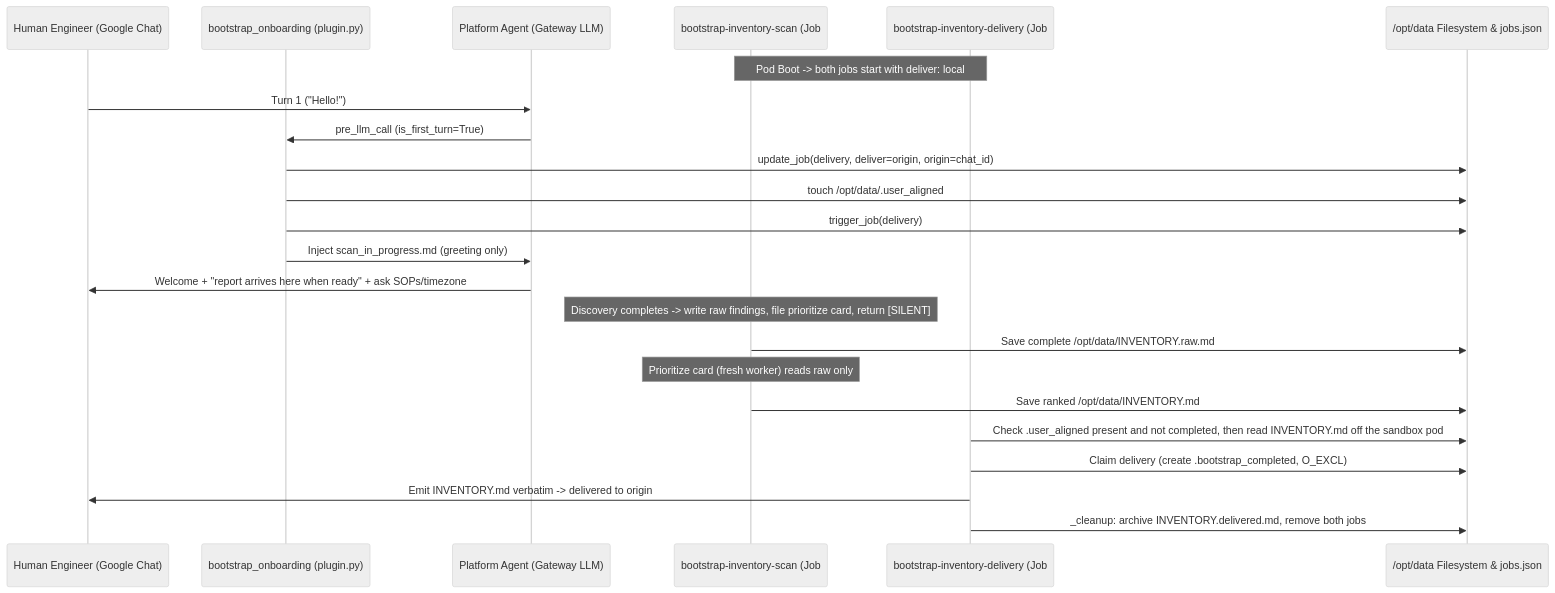
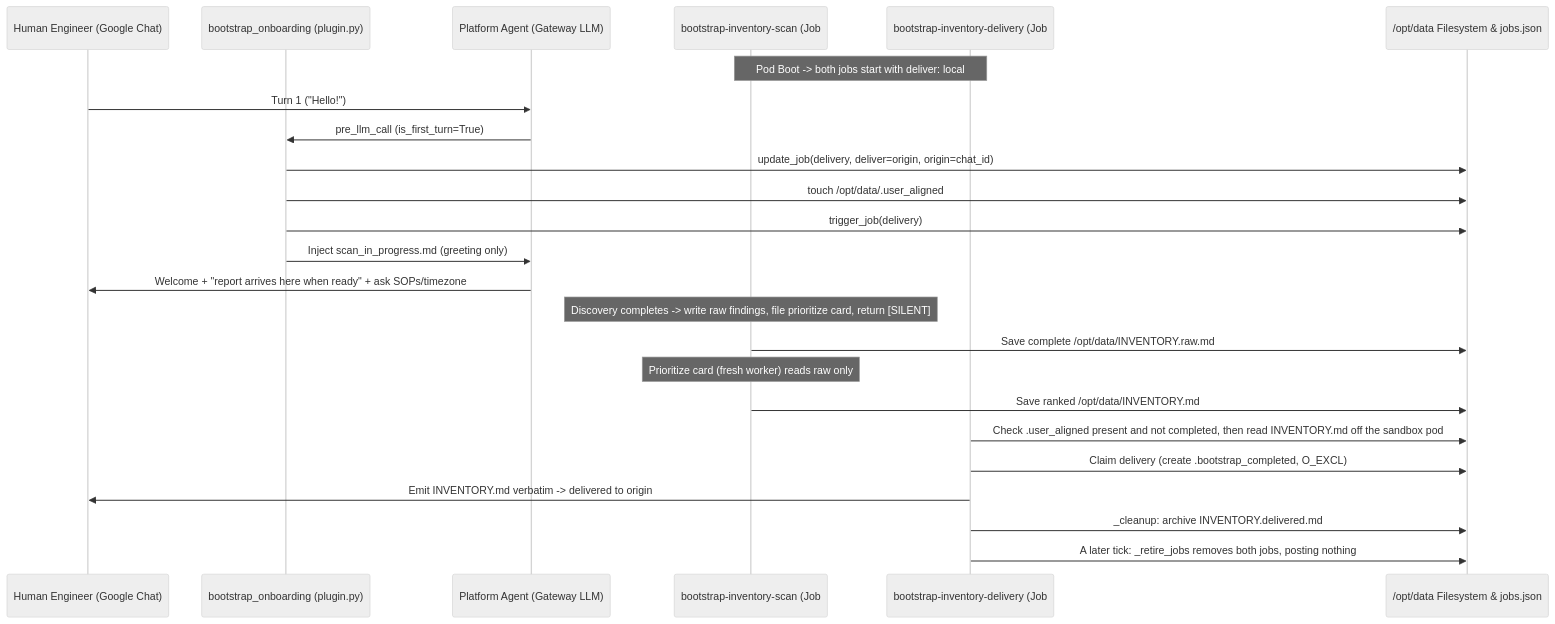
One commit to toshiowang/kube-agents changed the second of 3 diagrams in agents/chat/defaults/plugins/bootstrap_onboarding/README.md. Above: the diagram before and after it, drawn with Mermaid (neutral theme). The commit also changed other lines of this file and 6 other files, not shown here.

````diff
--- a/agents/chat/defaults/plugins/bootstrap_onboarding/README.md
+++ b/agents/chat/defaults/plugins/bootstrap_onboarding/README.md
@@ -114,26 +115,27 @@
 ```mermaid
 sequenceDiagram
     participant User as Human Engineer (Google Chat)
     participant Hook as bootstrap_onboarding (plugin.py)
     participant Agent as Platform Agent (Gateway LLM)
     participant Scan as bootstrap-inventory-scan (Job #1, LLM)
     participant Deliver as bootstrap-inventory-delivery (Job #2, no_agent script)
     participant Disk as /opt/data Filesystem & jobs.json
 
     Note over Scan,Deliver: Pod Boot -> both jobs start with deliver: local
     User->>Agent: Turn 1 ("Hello!")
     Agent->>Hook: pre_llm_call (is_first_turn=True)
     Hook->>Disk: update_job(delivery, deliver=origin, origin=chat_id)
     Hook->>Disk: touch /opt/data/.user_aligned
     Hook->>Disk: trigger_job(delivery)
     Hook->>Agent: Inject scan_in_progress.md (greeting only)
     Agent->>User: Welcome + "report arrives here when ready" + ask SOPs/timezone
     Note over Scan: Discovery completes -> write raw findings, file prioritize card, return [SILENT]
     Scan->>Disk: Save complete /opt/data/INVENTORY.raw.md
     Note over Scan: Prioritize card (fresh worker) reads raw only
     Scan->>Disk: Save ranked /opt/data/INVENTORY.md
     Deliver->>Disk: Check .user_aligned present and not completed, then read INVENTORY.md off the sandbox pod
     Deliver->>Disk: Claim delivery (create .bootstrap_completed, O_EXCL)
     Deliver->>User: Emit INVENTORY.md verbatim -> delivered to origin
-    Deliver->>Disk: _cleanup: archive INVENTORY.delivered.md, remove both jobs
+    Deliver->>Disk: _cleanup: archive INVENTORY.delivered.md
+    Deliver->>Disk: A later tick: _retire_jobs removes both jobs, posting nothing
 ```
````
